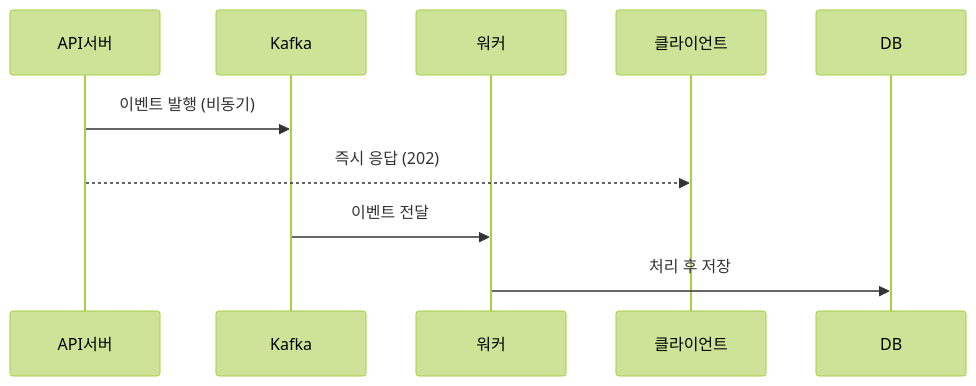
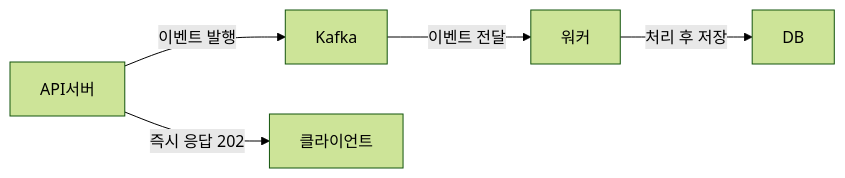
Before and after one commit to yjkim2015/yjkim2015.github.io: the third of 3 diagrams in _posts/systemdesign/2026-05-01-system-design.md, drawn with Mermaid (forest theme). The commit also changed other lines of this file and 84 other files, not shown here.

First line of the commit message:
85개 포스트 Mermaid 다이어그램 규칙 일괄 수정

````diff
--- a/_posts/systemdesign/2026-05-01-system-design.md
+++ b/_posts/systemdesign/2026-05-01-system-design.md
@@ -490,10 +487,7 @@
 ```mermaid
-sequenceDiagram
-    participant API서버
-    participant Kafka
-    participant 워커
-    API서버->>Kafka: 이벤트 발행 (비동기)
-    API서버-->>클라이언트: 즉시 응답 (202)
-    Kafka->>워커: 이벤트 전달
-    워커->>DB: 처리 후 저장
+graph LR
+    A[API서버] -->|이벤트 발행| B[Kafka]
+    A -->|즉시 응답 202| C[클라이언트]
+    B -->|이벤트 전달| D[워커]
+    D -->|처리 후 저장| E[DB]
 ```
````
